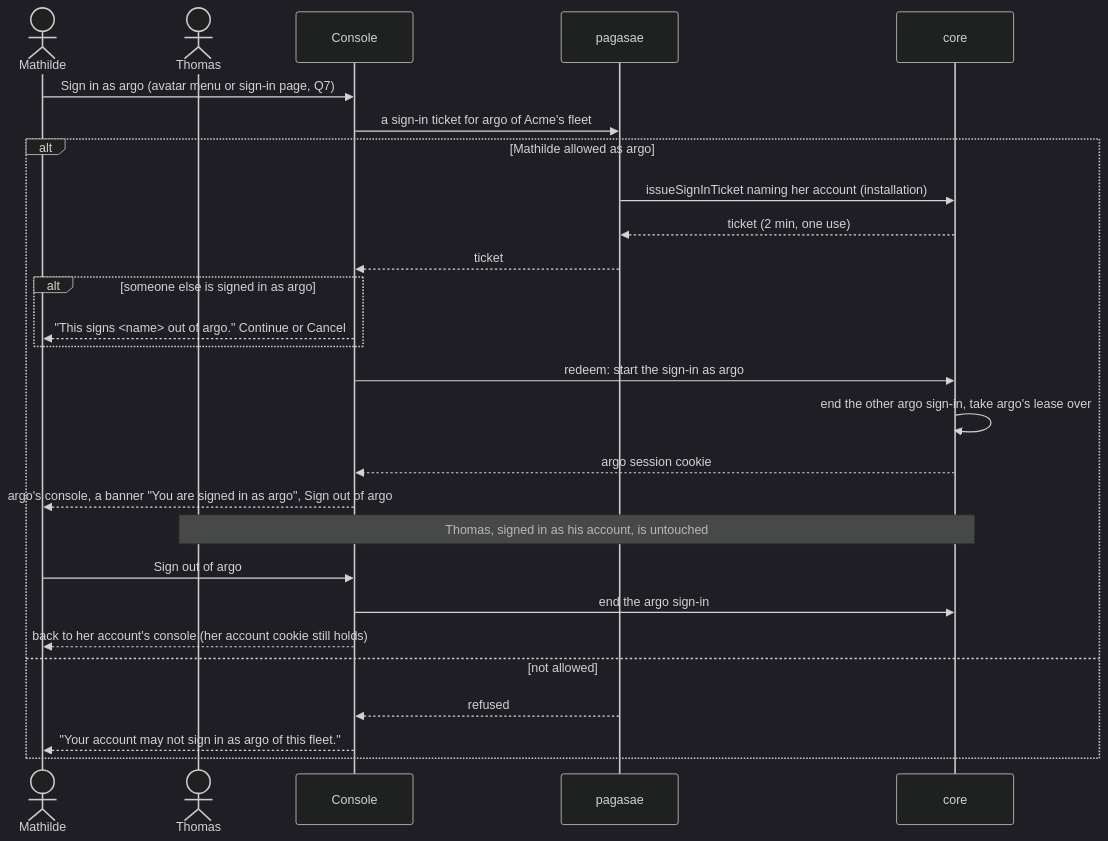
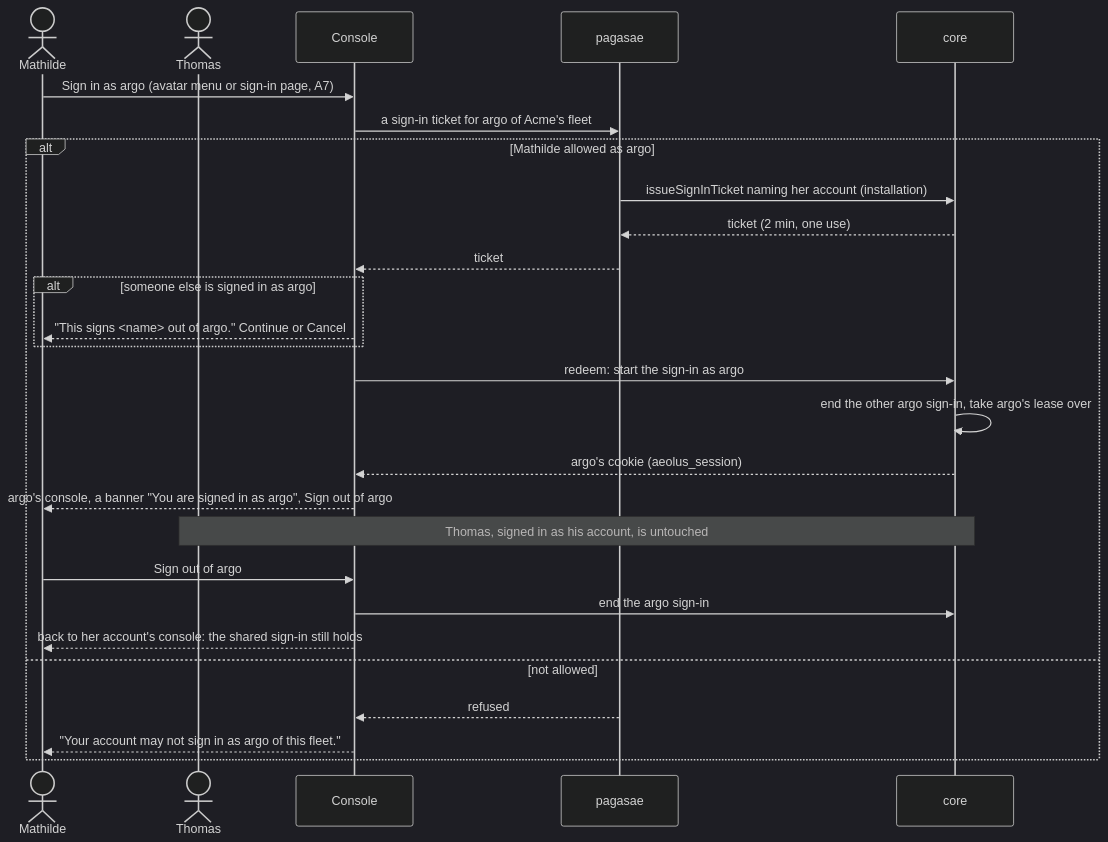
Before and after one commit to ThomasHendrickx/aeolus-fleet: the fifth of 10 diagrams in docs/design/accounts/console.md, drawn with Mermaid (dark theme). The commit also changed other lines of this file, not shown here.

First line of the commit message:
docs: accounts in the console as decided (#1036)

````diff
--- a/docs/design/accounts/console.md
+++ b/docs/design/accounts/console.md
@@ -164,29 +201,29 @@
 ```mermaid
 sequenceDiagram
   actor M as Mathilde
   actor T as Thomas
   participant K as Console
   participant P as pagasae
   participant C as core
-  M->>K: Sign in as argo (avatar menu or sign-in page, Q7)
+  M->>K: Sign in as argo (avatar menu or sign-in page, A7)
   K->>P: a sign-in ticket for argo of Acme's fleet
   alt Mathilde allowed as argo
     P->>C: issueSignInTicket naming her account (installation)
     C-->>P: ticket (2 min, one use)
     P-->>K: ticket
     alt someone else is signed in as argo
       K-->>M: "This signs <name> out of argo." Continue or Cancel
     end
     K->>C: redeem: start the sign-in as argo
     C->>C: end the other argo sign-in, take argo's lease over
-    C-->>K: argo session cookie
+    C-->>K: argo's cookie (aeolus_session)
     K-->>M: argo's console, a banner "You are signed in as argo", Sign out of argo
     Note over T,C: Thomas, signed in as his account, is untouched
     M->>K: Sign out of argo
     K->>C: end the argo sign-in
-    K-->>M: back to her account's console (her account cookie still holds)
+    K-->>M: back to her account's console: the shared sign-in still holds
   else not allowed
     P-->>K: refused
     K-->>M: "Your account may not sign in as argo of this fleet."
   end
 ```
````
